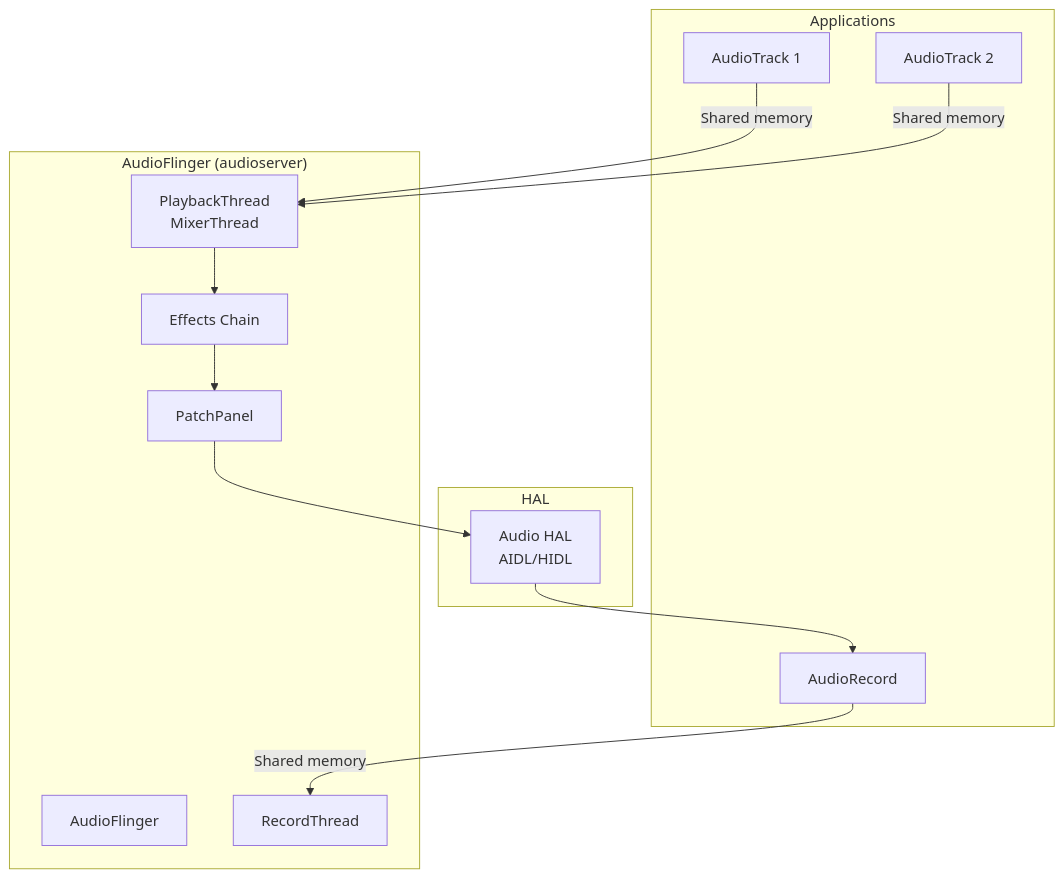
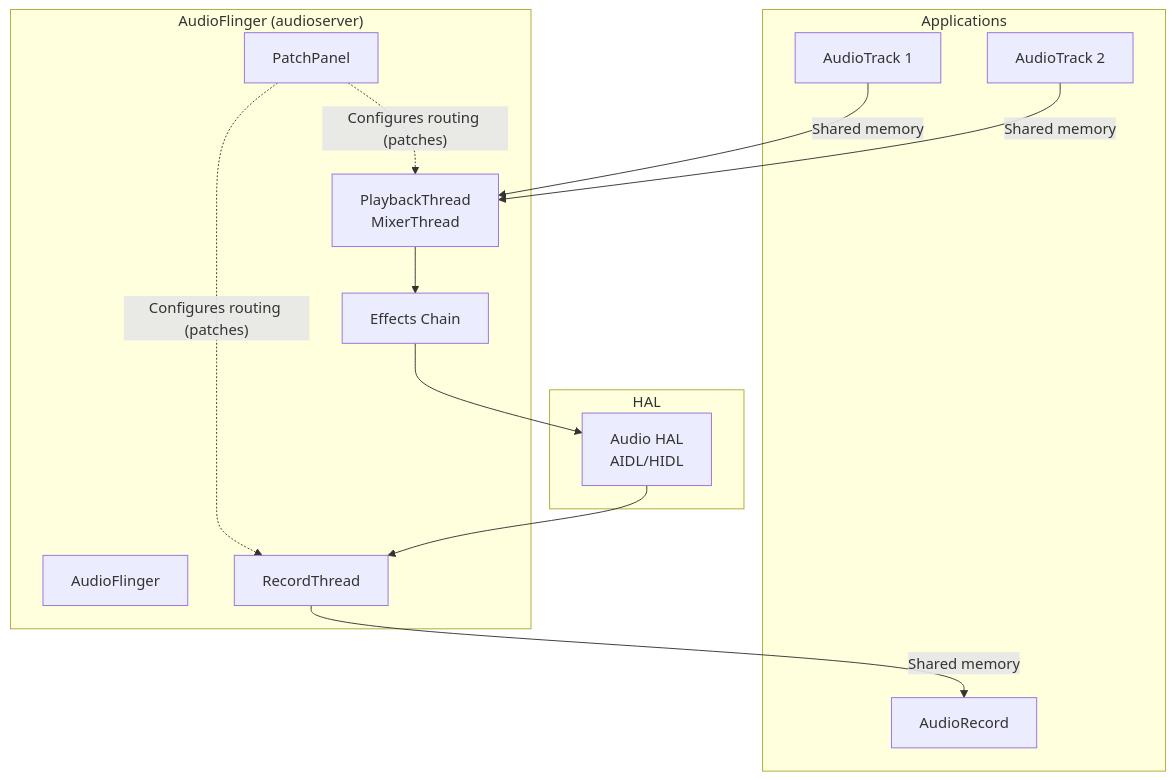
Before and after one commit to aospbooks/aosp-internal-book: diagram 15 of 29 in agents/claude/skills/aosp-native-services-and-media/12-native-services.md, drawn with Mermaid. The commit also changed other lines of this file and 218 other files, not shown here.

````diff
--- a/agents/claude/skills/aosp-native-services-and-media/12-native-services.md
+++ b/agents/claude/skills/aosp-native-services-and-media/12-native-services.md
@@ -1497,28 +1559,29 @@
 ```mermaid
 graph TB
     subgraph "Applications"
         AT1[AudioTrack 1]
         AT2[AudioTrack 2]
         AR[AudioRecord]
     end
 
     subgraph "AudioFlinger (audioserver)"
         AF[AudioFlinger]
         PT["PlaybackThread<br/>MixerThread"]
         RT[RecordThread]
         EF[Effects Chain]
         PP[PatchPanel]
     end
 
     subgraph "HAL"
         AHAL["Audio HAL<br/>AIDL/HIDL"]
     end
 
     AT1 -->|Shared memory| PT
     AT2 -->|Shared memory| PT
     PT --> EF
-    EF --> PP
-    PP --> AHAL
-    AHAL --> AR
-    AR -->|Shared memory| RT
+    EF --> AHAL
+    PP -.->|"Configures routing (patches)"| PT
+    PP -.->|"Configures routing (patches)"| RT
+    AHAL --> RT
+    RT -->|Shared memory| AR
 ```
````
